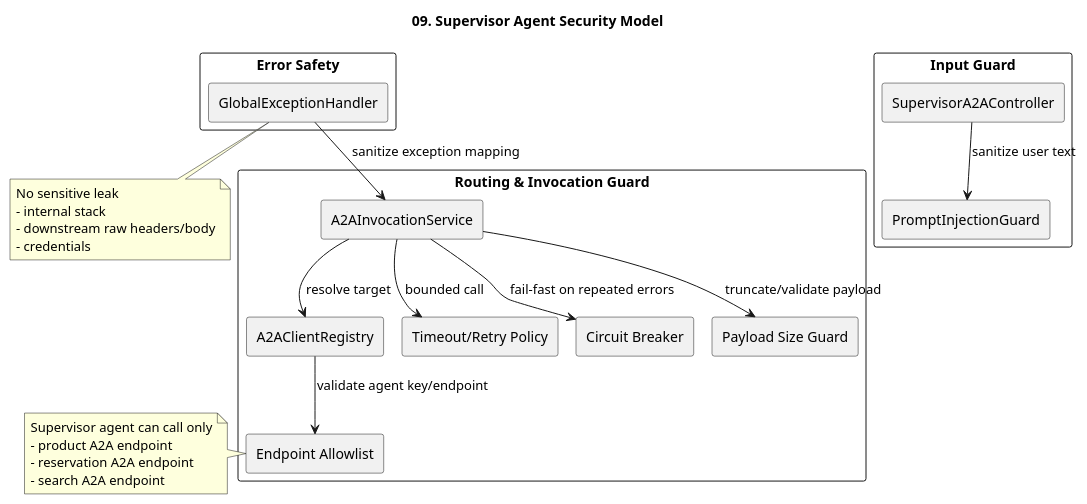
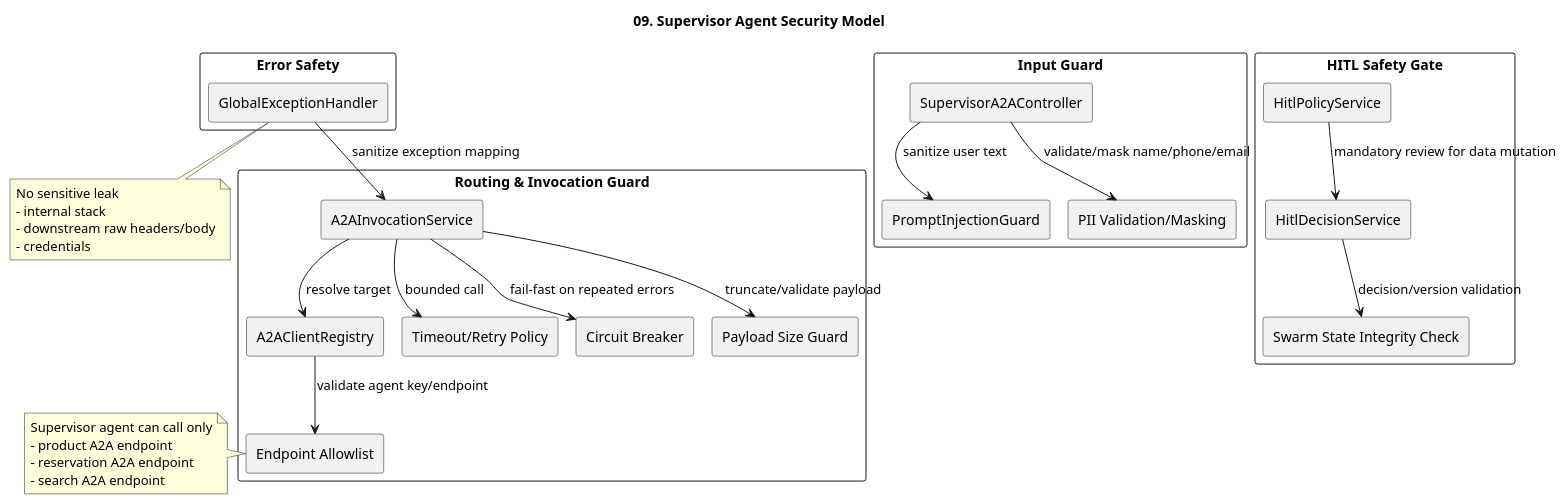
The diagram in documents/a2a-host_agent-architecture/09-security-model.puml (kim57uak/spring-ai), drawn with PlantUML before and after one commit. The commit also changed 99 other files, not shown here.

Commit message:
feat: implement supervisor HITL swarm flow and task review updates

```diff
--- a/documents/a2a-host_agent-architecture/09-security-model.puml
+++ b/documents/a2a-host_agent-architecture/09-security-model.puml
@@ -1,48 +1,63 @@
 @startuml
 !pragma layout smetana
 title 09. Supervisor Agent Security Model
 
 skinparam shadowing false
 skinparam componentStyle rectangle
 
 rectangle "Input Guard" {
   [SupervisorA2AController] as SupervisorA2AController
   [PromptInjectionGuard] as PromptGuard
+  [PII Validation/Masking] as PiiGuard
 }
 
 rectangle "Routing & Invocation Guard" {
   [A2AClientRegistry] as Registry
   [Endpoint Allowlist] as Allowlist
   [A2AInvocationService] as Invoker
   [Timeout/Retry Policy] as TimeoutRetry
   [Circuit Breaker] as CircuitBreaker
   [Payload Size Guard] as PayloadGuard
 }
 
 rectangle "Error Safety" {
   [GlobalExceptionHandler] as ErrorHandler
 }
 
+rectangle "HITL Safety Gate" {
+  [HitlPolicyService] as HitlPolicy
+  [HitlDecisionService] as HitlDecision
+  [Swarm State Integrity Check] as SwarmIntegrity
+}
+
 SupervisorA2AController --> PromptGuard : sanitize user text
+SupervisorA2AController --> PiiGuard : validate/mask name/phone/email
 Invoker --> Registry : resolve target
 Registry --> Allowlist : validate agent key/endpoint
 Invoker --> TimeoutRetry : bounded call
 Invoker --> CircuitBreaker : fail-fast on repeated errors
 Invoker --> PayloadGuard : truncate/validate payload
 ErrorHandler --> Invoker : sanitize exception mapping
+HitlPolicy --> HitlDecision : mandatory review for data mutation
+HitlDecision --> SwarmIntegrity : decision/version validation
 
 note right of Allowlist
 Supervisor agent can call only
 - product A2A endpoint
 - reservation A2A endpoint
 - search A2A endpoint
 end note
 
 note bottom of ErrorHandler
 No sensitive leak
 - internal stack
 - downstream raw headers/body
 - credentials
 end note
 
+' 2026-04-12 sync with docs 30/31
+' - Scope: HITL decision limited to APPROVE/CANCEL in current phase
+' - Data mutation requests (create/update/delete) require mandatory HITL
+' - A2A compatibility mode keeps both legacy and v1.0 methods
+' - User profile input collection is deferred to next phase
 @enduml
```
